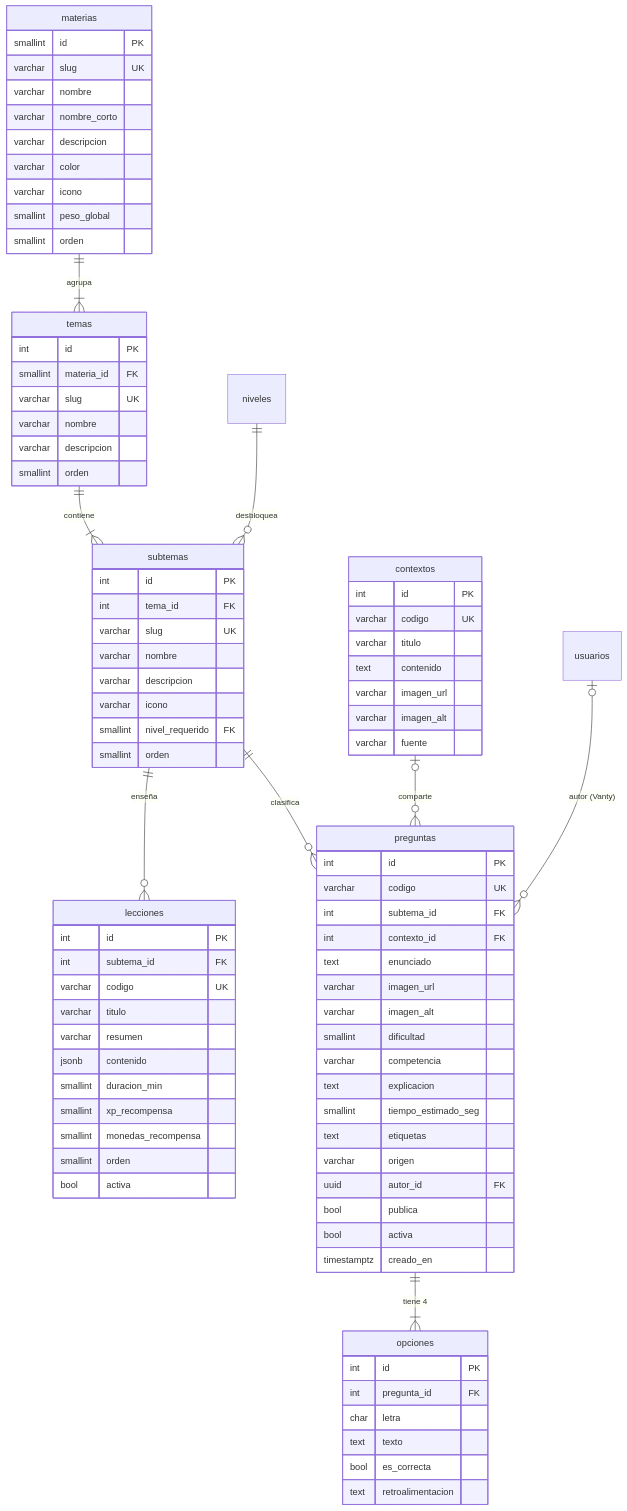
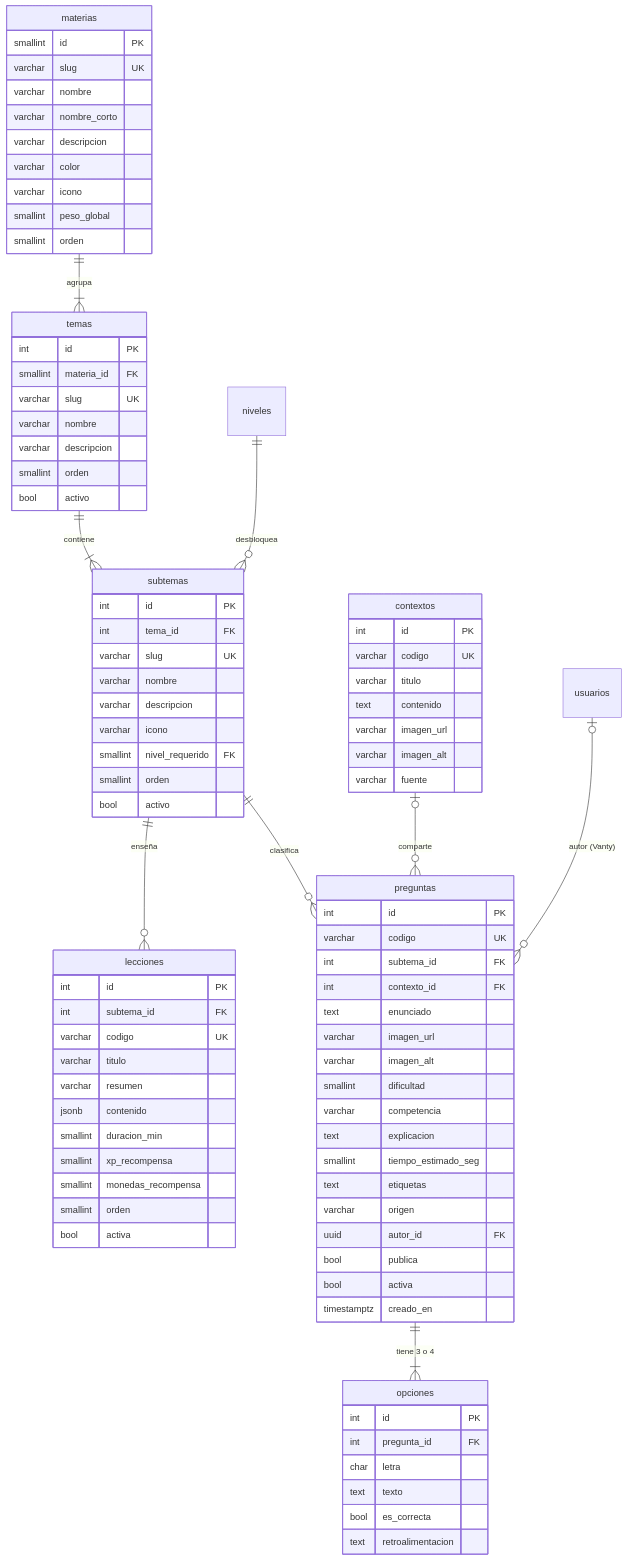
The third of 8 diagrams in docs/BASE_DE_DATOS.md (danisammynto/ICFES-LAB), drawn with Mermaid before and after one commit. The commit also changed other lines of this file and 225 other files, not shown here.

```diff
--- a/docs/BASE_DE_DATOS.md
+++ b/docs/BASE_DE_DATOS.md
@@ -132,7 +136,7 @@
     subtemas ||--o{ preguntas : "clasifica"
     contextos |o--o{ preguntas : "comparte"
     usuarios |o--o{ preguntas : "autor (Vanty)"
-    preguntas ||--|{ opciones : "tiene 4"
+    preguntas ||--|{ opciones : "tiene 3 o 4"
 
     materias {
         smallint id PK
@@ -152,6 +156,7 @@
         varchar nombre
         varchar descripcion
         smallint orden
+        bool activo
     }
     subtemas {
         int id PK
@@ -162,6 +167,7 @@
         varchar icono
         smallint nivel_requerido FK
         smallint orden
+        bool activo
     }
     lecciones {
         int id PK
```
